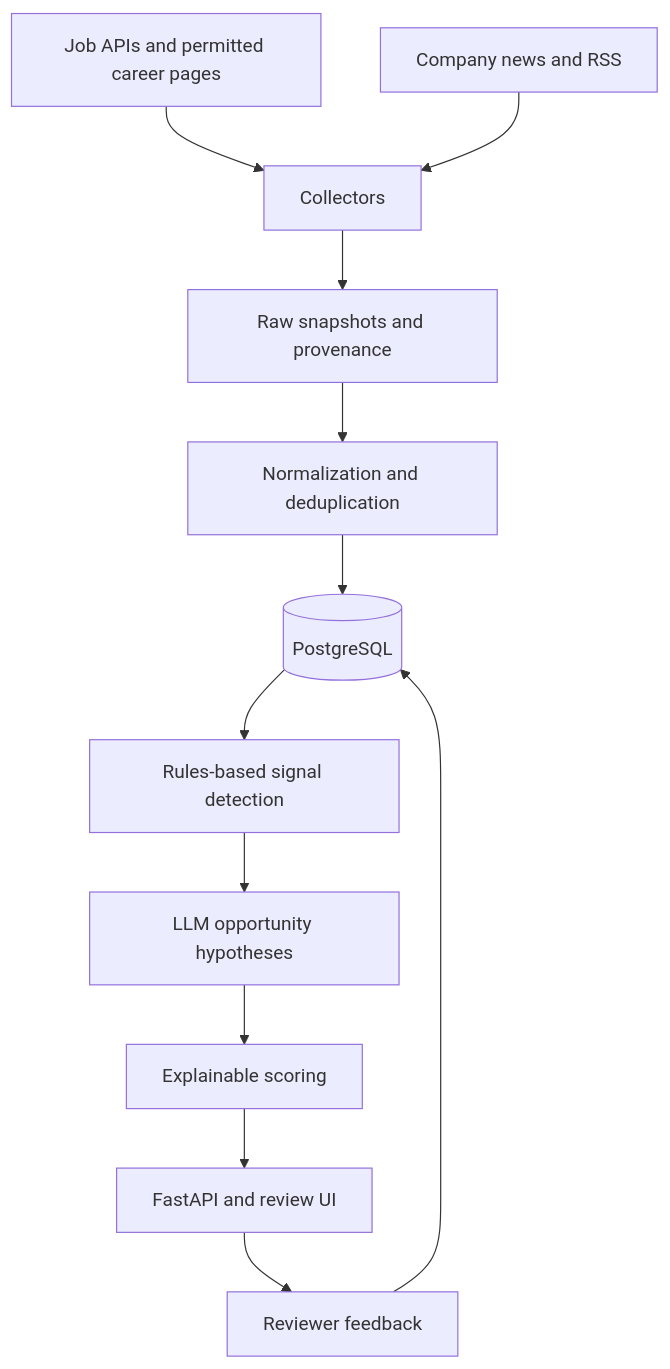
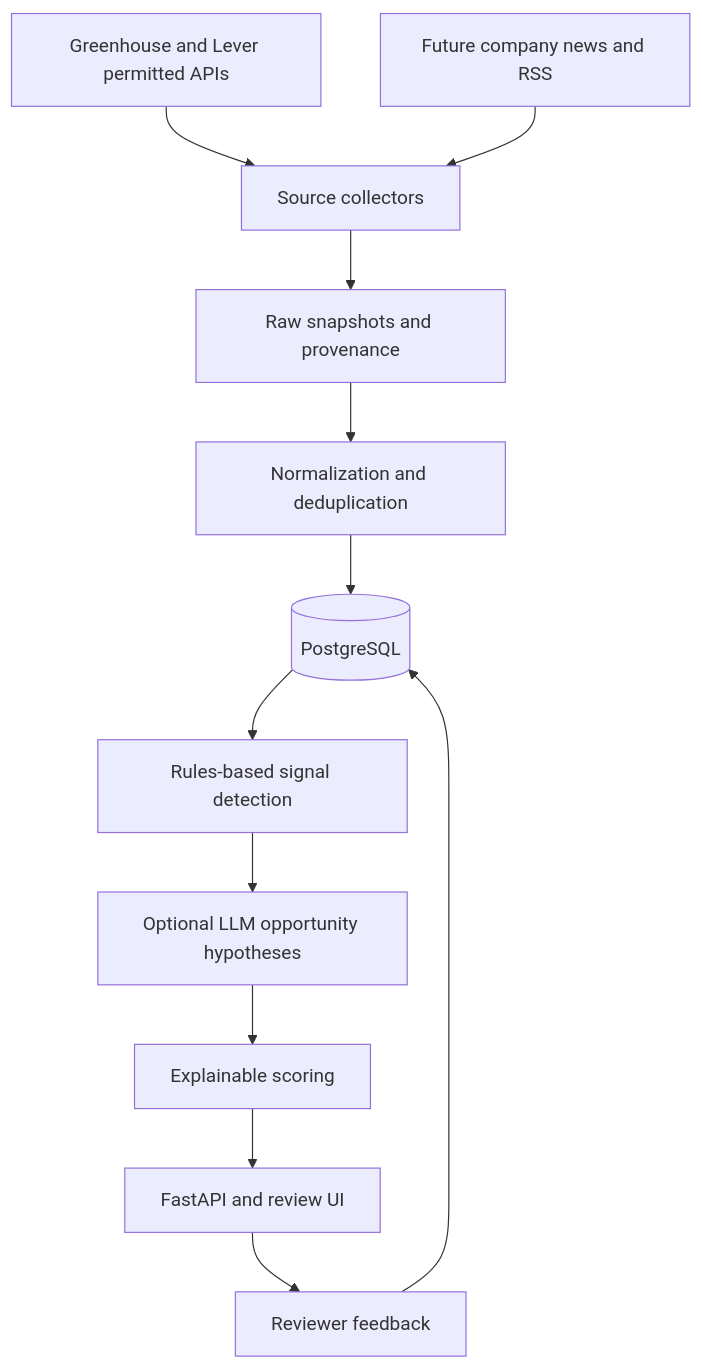
The diagram in docs/architecture.md (ITSTUD-IO/open-opportunity-intelligence), drawn with Mermaid before and after one commit. The commit also changed other lines of this file and 1 other file, not shown here.

First line of the commit message:
docs: Greenhouse E2E validation and signal detection roadmap (#2)

````diff
--- a/docs/architecture.md
+++ b/docs/architecture.md
@@ -5,14 +5,14 @@
 ```mermaid
 flowchart TD
-  A[Job APIs and permitted career pages] --> D[Collectors]
-  B[Company news and RSS] --> D
+  A[Greenhouse and Lever permitted APIs] --> D[Source collectors]
+  B[Future company news and RSS] --> D
   D --> E[Raw snapshots and provenance]
   E --> F[Normalization and deduplication]
   F --> G[(PostgreSQL)]
   G --> H[Rules-based signal detection]
-  H --> I[LLM opportunity hypotheses]
+  H --> I[Optional LLM opportunity hypotheses]
   I --> J[Explainable scoring]
   J --> K[FastAPI and review UI]
   K --> L[Reviewer feedback]
   L --> G
 ```
````
